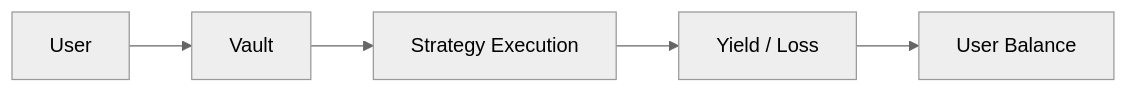
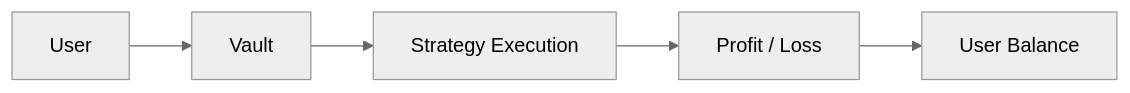
One commit to FOPEN2010/docs changed the diagram in product/vaults.mdx. Above: the diagram before and after it, drawn with Mermaid (neutral theme). The commit also changed other lines of this file and 11 other files, not shown here.

````diff
--- a/product/vaults.mdx
+++ b/product/vaults.mdx
@@ -112,7 +112,7 @@
 ```mermaid
 flowchart LR
     A[User] --> B[Vault]
     B --> C[Strategy Execution]
-    C --> D[Yield / Loss]
+    C --> D[Profit / Loss]
     D --> E[User Balance]
 ```
````
